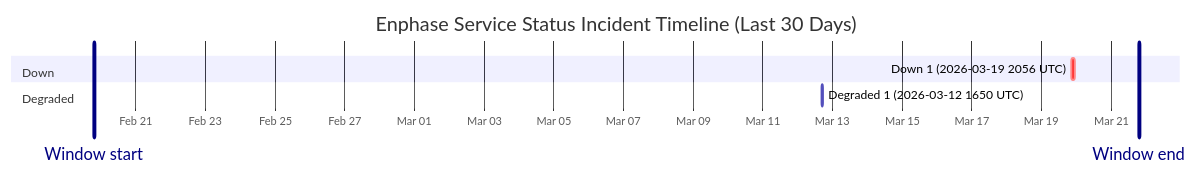
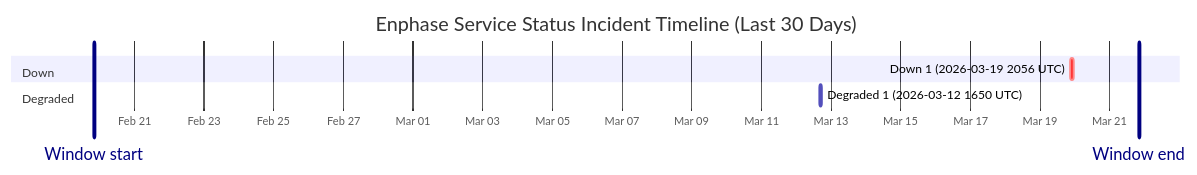
Before and after one commit to barneyonline/ha-enphase-ev-charger: the diagram in wiki/Service-Status-History.md, drawn with Mermaid. The commit also changed other lines of this file and 3 other files, not shown here.

````diff
--- a/wiki/Service-Status-History.md
+++ b/wiki/Service-Status-History.md
@@ -14,12 +14,12 @@
 ```mermaid
 gantt
     title Enphase Service Status Incident Timeline (Last 30 Days)
     dateFormat  YYYY-MM-DDTHH:mm:ss
     axisFormat  %b %d
-    Window start :vert, window-start, 2026-02-19T19:17:15, 0ms
-    Window end :vert, window-end, 2026-03-21T19:17:15, 0ms
+    Window start :vert, window-start, 2026-02-19T20:16:01, 0ms
+    Window end :vert, window-end, 2026-03-21T20:16:01, 0ms
     section Down
     Down 1 (2026-03-19 2056 UTC) :crit, down-1, 2026-03-19T20:56:20, 145m
     section Degraded
     Degraded 1 (2026-03-12 1650 UTC) :active, degraded-1, 2026-03-12T16:50:43, 60m
 ```
````
